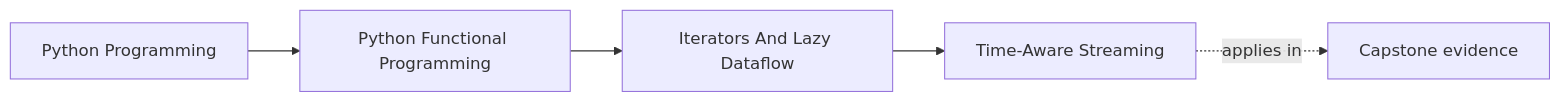
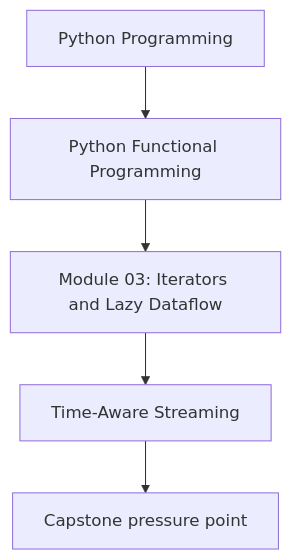
Before and after one commit to bijux/bijux-masterclass: the first of 2 diagrams in programs/python-programming/python-functional-programming/course-book/module-03-iterators-and-lazy-dataflow/time-aware-streaming.md, drawn with Mermaid. The commit also changed other lines of this file and 118 other files, not shown here.

Commit message:
docs(python-functional-programming): align concept page diagrams

````diff
--- a/programs/python-programming/python-functional-programming/course-book/module-03-iterators-and-lazy-dataflow/time-aware-streaming.md
+++ b/programs/python-programming/python-functional-programming/course-book/module-03-iterators-and-lazy-dataflow/time-aware-streaming.md
@@ -7,11 +7,7 @@
 ```mermaid
-graph LR
-  family["Python Programming"]
-  program["Python Functional Programming"]
-  section["Iterators And Lazy Dataflow"]
-  page["Time-Aware Streaming"]
-  capstone["Capstone evidence"]
-
-  family --> program --> section --> page
-  page -.applies in.-> capstone
+flowchart TD
+  family["Python Programming"] --> program["Python Functional Programming"]
+  program --> module["Module 03: Iterators and Lazy Dataflow"]
+  module --> concept["Time-Aware Streaming"]
+  concept --> capstone["Capstone pressure point"]
 ```
````
